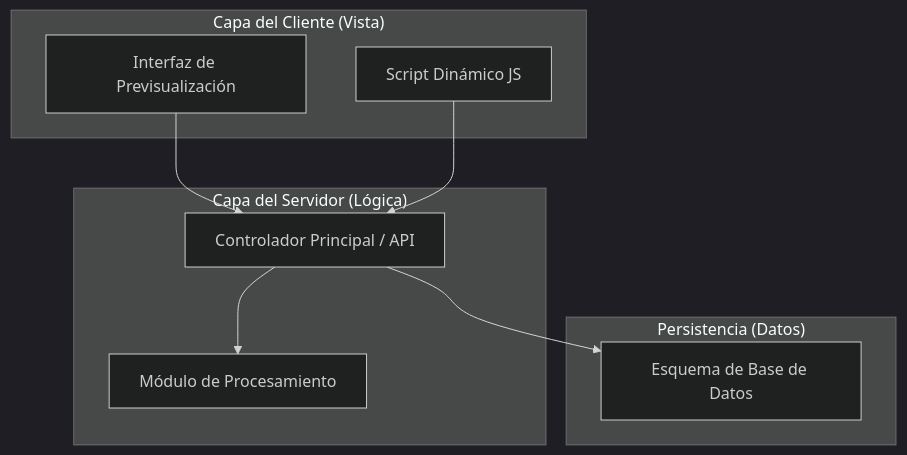
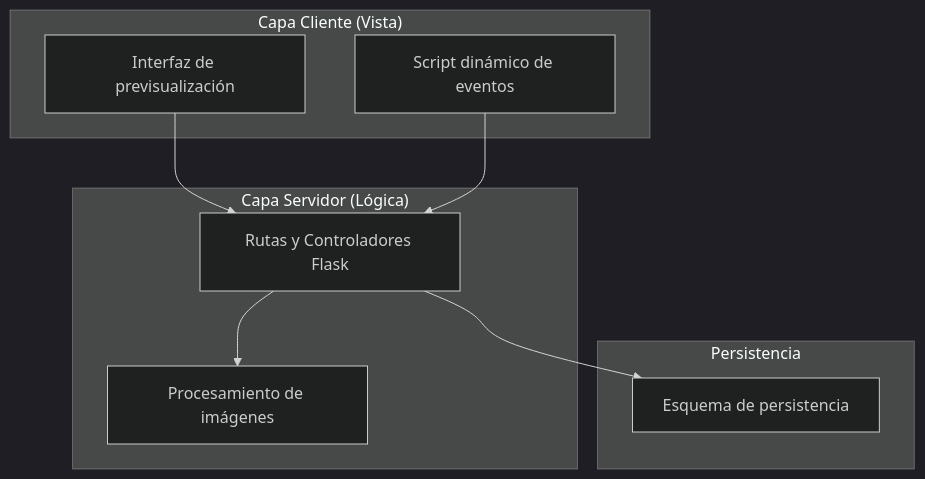
Before and after one commit to AXLAAF/SAQ_Marcos_XOOKTECH: the first of 2 diagrams in 01-Proyecto/03-Diseño/Plantillas/Formatos/PLT-FOR_Plantilla_SDD.md, drawn with Mermaid (dark theme). The commit also changed other lines of this file and 18 other files, not shown here.

````diff
--- a/01-Proyecto/03-Diseño/Plantillas/Formatos/PLT-FOR_Plantilla_SDD.md
+++ b/01-Proyecto/03-Diseño/Plantillas/Formatos/PLT-FOR_Plantilla_SDD.md
@@ -43,21 +40,21 @@
 ```mermaid
 graph TD
-    subgraph Frontend["Capa del Cliente (Vista)"]
-        UI["Interfaz de Previsualización"]
-        JS["Script Dinámico JS"]
+    subgraph Frontend["Capa Cliente (Vista)"]
+        UI["Interfaz de previsualización"]
+        JS["Script dinámico de eventos"]
     end
 
-    subgraph Backend["Capa del Servidor (Lógica)"]
-        Controller["Controlador Principal / API"]
-        Proc["Módulo de Procesamiento"]
+    subgraph Backend["Capa Servidor (Lógica)"]
+        Flask["Rutas y Controladores Flask"]
+        OpenCV["Procesamiento de imágenes"]
     end
 
-    subgraph Persistence["Persistencia (Datos)"]
-        DB["Esquema de Base de Datos"]
+    subgraph Persistencia["Persistencia"]
+        DB["Esquema de persistencia"]
     end
 
-    UI --> Controller
-    JS --> Controller
-    Controller --> Proc
-    Controller --> DB
+    UI --> Flask
+    JS --> Flask
+    Flask --> OpenCV
+    Flask --> DB
 ```
````
